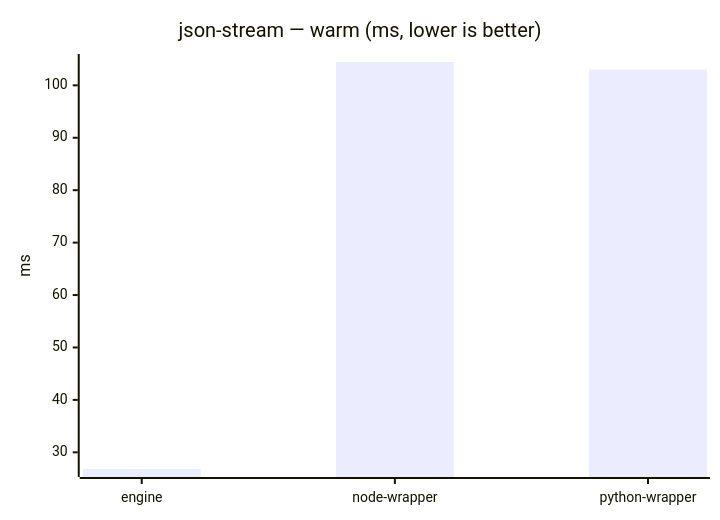
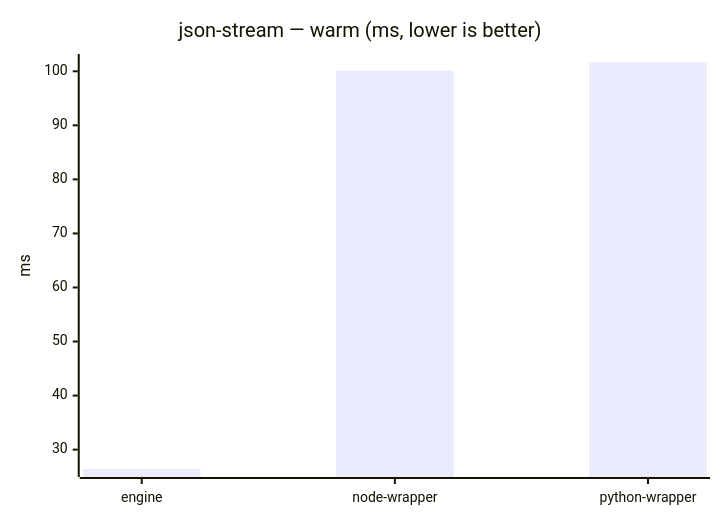
One commit to mulesoft/data-weave-cli changed diagram 12 of 23 in benchmarks/report/RESULTS.md. Above: the diagram before and after it, drawn with Mermaid. The commit also changed other lines of this file, not shown here.

````diff
--- a/benchmarks/report/RESULTS.md
+++ b/benchmarks/report/RESULTS.md
@@ -142,7 +142,7 @@
 ```mermaid
 xychart-beta
     title "json-stream — warm (ms, lower is better)"
     x-axis ["engine", "node-wrapper", "python-wrapper"]
     y-axis "ms"
-    bar [26.821, 104.45, 103.019]
+    bar [26.415, 100.115, 101.718]
 ```
````
